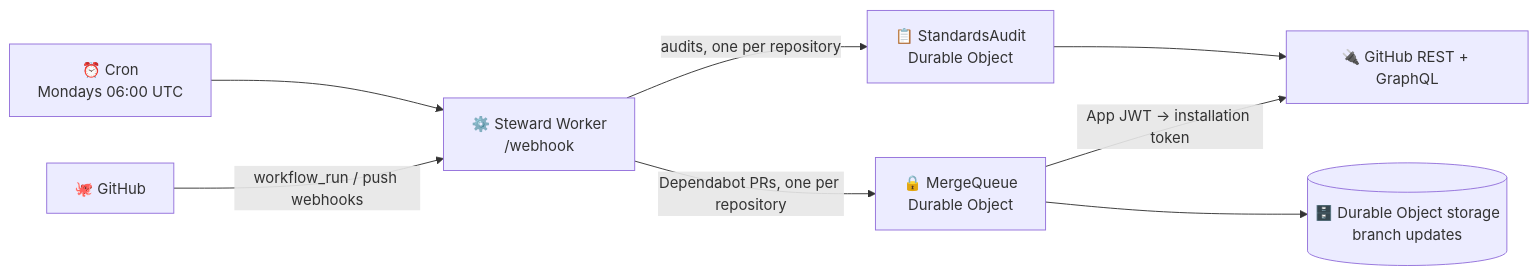
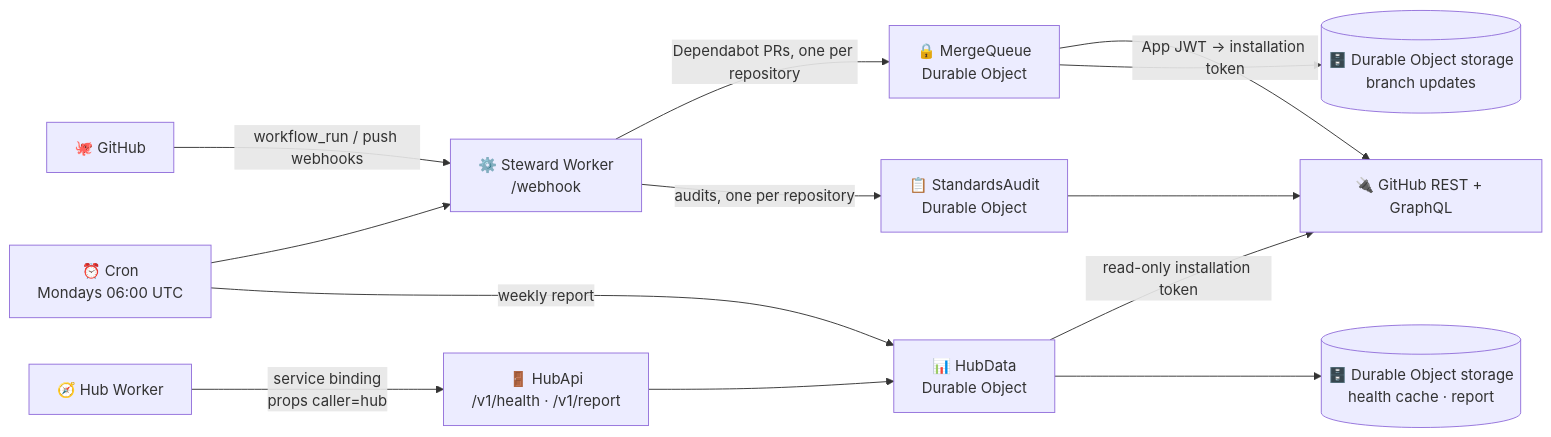
The diagram in README.md (Isma-L154/Steward), drawn with Mermaid before and after one commit. The commit also changed other lines of this file and 5 other files, not shown here.

Commit message:
docs: document the hub API contract

````diff
--- a/README.md
+++ b/README.md
@@ -40,10 +41,15 @@
 ```mermaid
 flowchart LR
     GH["🐙 GitHub"] -- "workflow_run / push webhooks" --> W["⚙️ Steward Worker<br/>/webhook"]
     C["⏰ Cron<br/>Mondays 06:00 UTC"] --> W
     W -- "Dependabot PRs, one per repository" --> Q["🔒 MergeQueue<br/>Durable Object"]
     W -- "audits, one per repository" --> A["📋 StandardsAudit<br/>Durable Object"]
     Q -- "App JWT → installation token" --> API["🔌 GitHub REST + GraphQL"]
     A --> API
     Q --> S[("🗄️ Durable Object storage<br/>branch updates")]
+    H["🧭 Hub Worker"] -- "service binding<br/>props caller=hub" --> HA["🚪 HubApi<br/>/v1/health · /v1/report"]
+    HA --> HD["📊 HubData<br/>Durable Object"]
+    C -- "weekly report" --> HD
+    HD -- "read-only installation token" --> API
+    HD --> S2[("🗄️ Durable Object storage<br/>health cache · report")]
 ```
````
